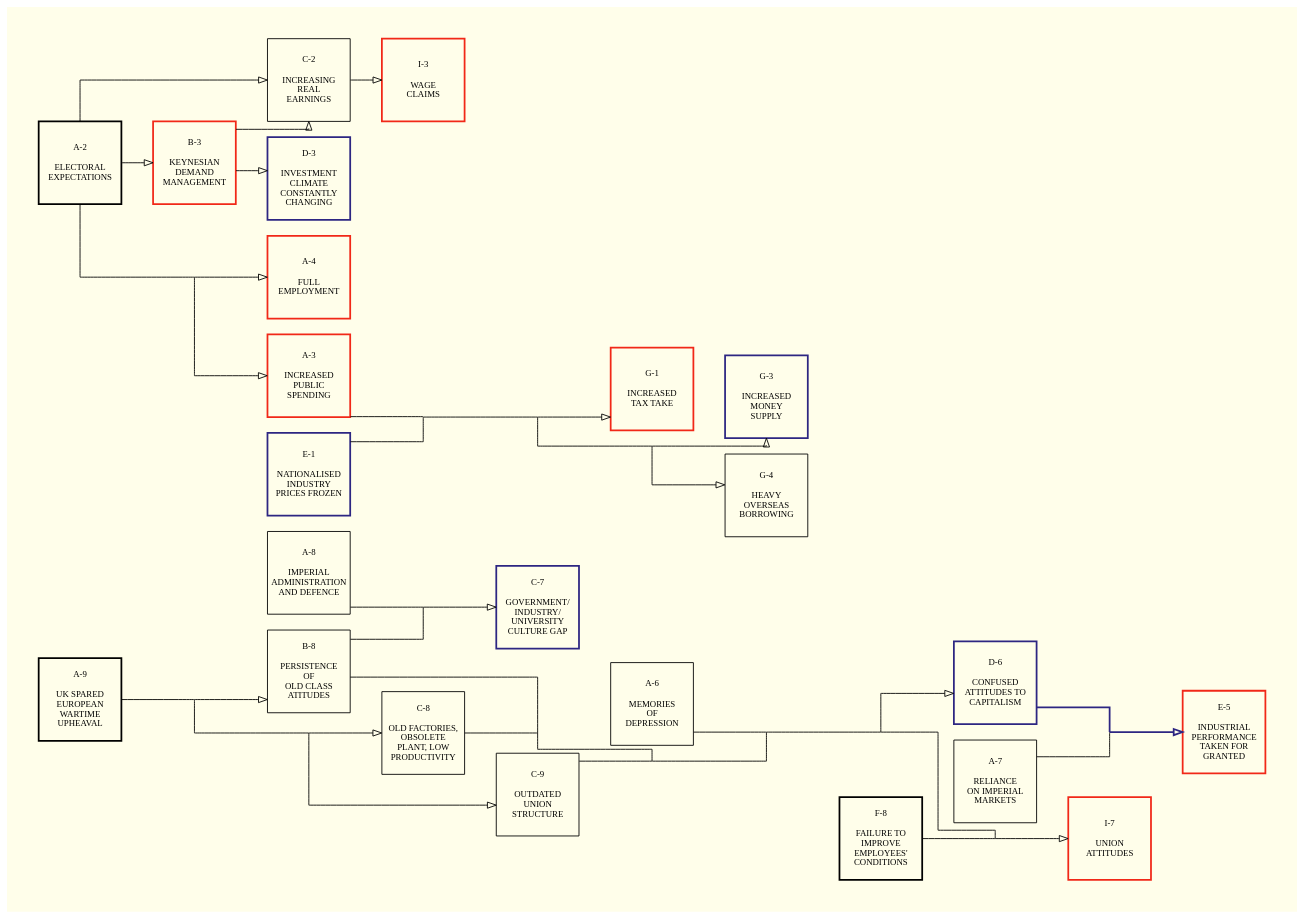
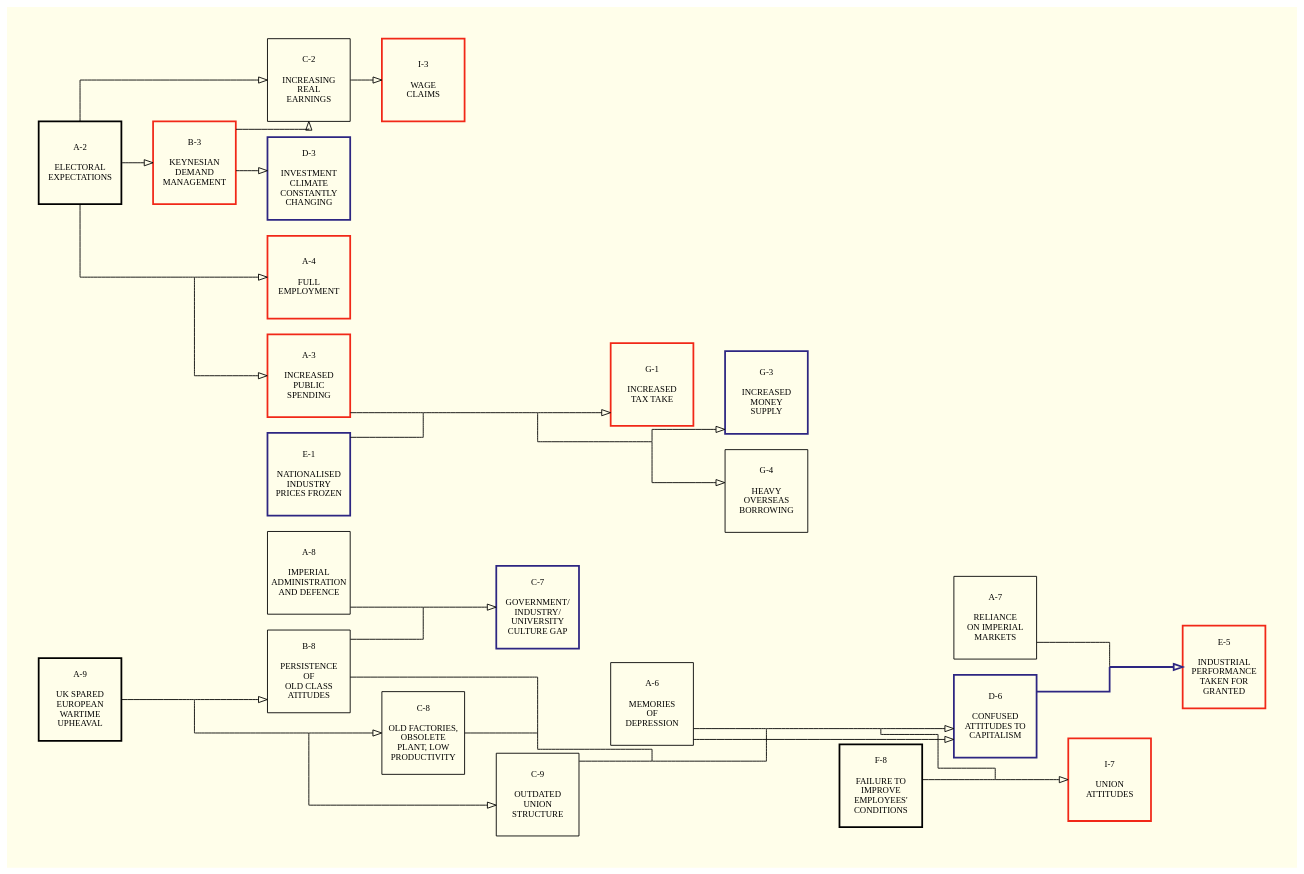
The diagram in wiring_diagram.gv (jtewright/wiring_diagram), drawn with Graphviz before and after one commit. The commit also changed 1 other file, not shown here.

```diff
--- a/wiring_diagram.gv
+++ b/wiring_diagram.gv
@@ -1,89 +1,90 @@
 # http://www.graphviz.org/content/cluster
 
 digraph wiring_diagram {
     pad=0.5
     bgcolor= "#FFFEEA"
     rankdir=LR
     splines=ortho
     concentrate=true
     
     node [
       shape=square
       color=black
       fontname=Futura
       fontsize=10
       margin=.1
       width=1.3
       height=1.3
       fixedsize=true
     ]
     edge [
       arrowhead=empty
     ]
     
     # Edges
     "A-8" -> x [dir=none]
     x -> "C-7"
     "B-8" -> x [dir=none]
     x -> "C-7"
     "A-9" -> x2 [dir=none]
     x2 -> "B-8"
     x2 -> x3 [dir=none]
     x3 -> "C-8"
     x3 -> "C-9"
     "A-7" -> x4 [dir=none]
     "D-6" -> x4 [dir=none, color="#2D2682", style="bold"]
     x4 -> "E-5" [color="#2D2682", style="bold"]
     "B-8" -> x5 [dir=none]
     "C-8" -> x5 [dir=none]
     x5 -> x6 [dir=none]
     "C-9" -> x6 [dir=none]
     "A-6" -> x7 [dir=none]
     x6 -> x7 [dir=none]
     x7 -> x8 [dir=none]
     x8 -> "D-6"
     "F-8" -> x9 [dir=none]
     x8 -> x9 [dir=none]
     x9 -> "I-7"
     "C-2" -> "I-3"
     "A-2" -> x10 [dir=none]
     x10 -> "A-3"
     x10 -> "A-4"
     "A-2" -> "B-3"
     "B-3" -> "C-2"
     "A-2" -> "C-2"
     "A-3" -> x11 [dir=none]
     "E-1" -> x11 [dir=none]
     x11 -> x12 [dir=none]
     x12 -> "G-1"
     x12 -> x13 [dir=none]
     x13 -> "G-3"
     x13 -> "G-4"
     "B-3" -> "D-3"
+    "A-6" -> "D-6"
     
     # Nodes
     x, x2, x3, x4, x5, x6, x7, x8, x9, x10, x11, x12, x13 [dir=none, shape=point, style=invis, width=0, height=0, margin=0]
     "A-2" [label="A-2\n\nELECTORAL\nEXPECTATIONS", style="bold"]
     "A-3" [label="A-3\n\nINCREASED\nPUBLIC\nSPENDING", color="#F12818", style="bold"]
     "A-4" [label="A-4\n\nFULL\nEMPLOYMENT", color="#F12818", style="bold"]
     "A-6" [label="A-6\n\nMEMORIES\nOF\nDEPRESSION"]
     "A-7" [label="A-7\n\nRELIANCE\nON IMPERIAL\nMARKETS"]
     "A-8" [label="A-8\n\nIMPERIAL\nADMINISTRATION\nAND DEFENCE"]
     "A-9" [label="A-9\n\nUK SPARED\nEUROPEAN\nWARTIME\nUPHEAVAL", style="bold"]
     "B-3" [label="B-3\n\nKEYNESIAN\nDEMAND\nMANAGEMENT", color="#F12818", style="bold"]
     "B-8" [label="B-8\n\nPERSISTENCE\nOF\nOLD CLASS\nATITUDES"]
     "C-2" [label="C-2\n\nINCREASING\nREAL\nEARNINGS"]
     "C-7" [label="C-7\n\nGOVERNMENT/\nINDUSTRY/\nUNIVERSITY\nCULTURE GAP", color="#2D2682", style="bold"]
     "C-8" [label="C-8\n\nOLD FACTORIES,\nOBSOLETE\nPLANT, LOW\nPRODUCTIVITY"]
     "C-9" [label="C-9\n\nOUTDATED\nUNION\nSTRUCTURE"]
     "D-3" [label="D-3\n\nINVESTMENT\nCLIMATE\nCONSTANTLY\nCHANGING", color="#2D2682", style="bold"]
     "D-6" [label="D-6\n\nCONFUSED\nATTITUDES TO\nCAPITALISM", color="#2D2682", style="bold"]
     "E-1" [label="E-1\n\nNATIONALISED\nINDUSTRY\nPRICES FROZEN", color="#2D2682", style="bold"]
     "E-5" [label="E-5\n\nINDUSTRIAL\nPERFORMANCE\nTAKEN FOR\nGRANTED", color="#F12818", style="bold"]
     "F-8" [label="F-8\n\nFAILURE TO\nIMPROVE\nEMPLOYEES'\nCONDITIONS", style="bold"]
     "G-1" [label="G-1\n\nINCREASED\nTAX TAKE", color="#F12818", style="bold"]
     "G-3" [label="G-3\n\nINCREASED\nMONEY\nSUPPLY", color="#2D2682", style="bold"]
     "G-4" [label="G-4\n\nHEAVY\nOVERSEAS\nBORROWING"]
     "I-3" [label="I-3\n\nWAGE\nCLAIMS", color="#F12818", style="bold"]
     "I-7" [label="I-7\n\nUNION\nATTITUDES", color="#F12818", style="bold"]
 }
```
